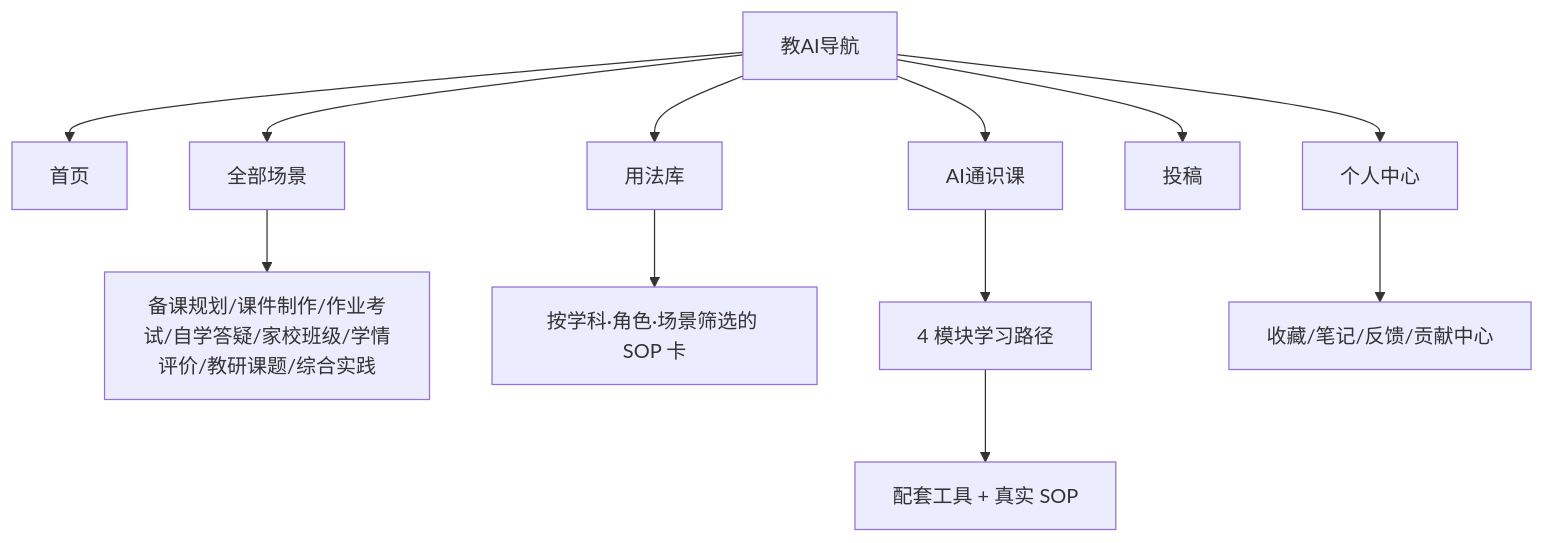
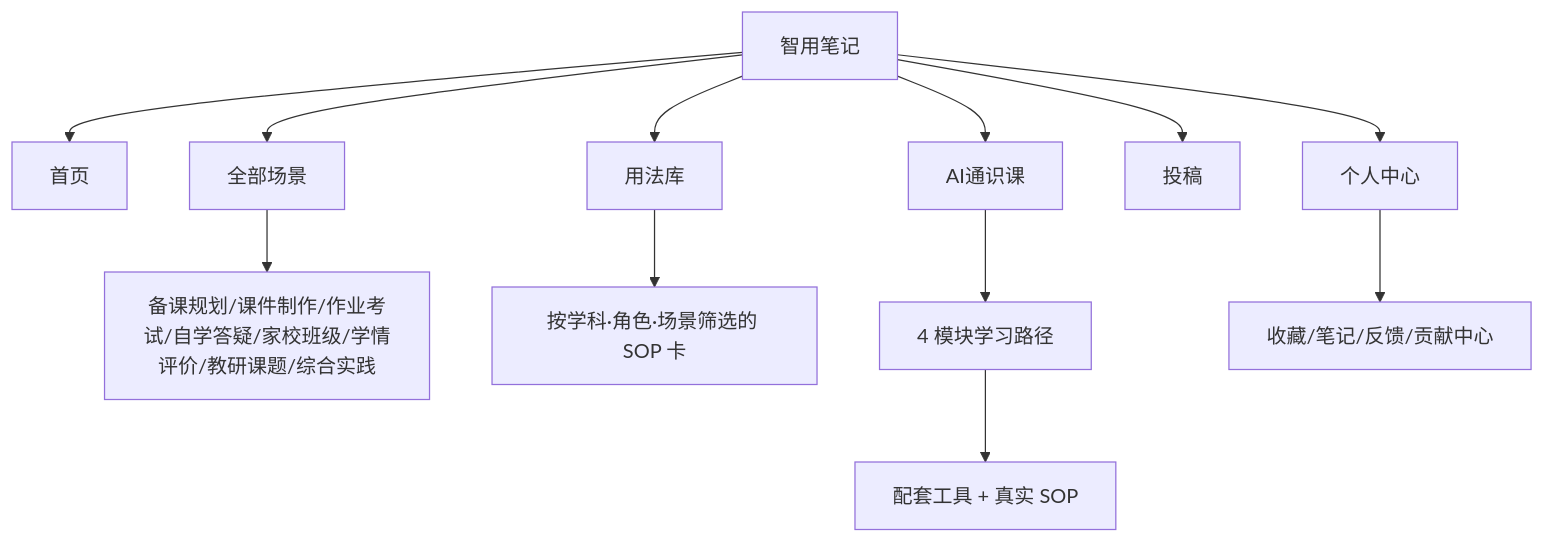
Before and after one commit to juventusyangfan/ai-navigation-pro: the diagram in design/设计需求文档.md, drawn with Mermaid. The commit also changed other lines of this file and 99 other files, not shown here.

````diff
--- a/design/设计需求文档.md
+++ b/design/设计需求文档.md
@@ -39,14 +39,14 @@
 ```mermaid
 graph TD
-  A[教AI导航] --> B[首页]
+  A[智用笔记] --> B[首页]
   A --> C[全部场景]
   A --> D[用法库]
   A --> E[AI通识课]
   A --> F[投稿]
   A --> G[个人中心]
   C --> C1[备课规划/课件制作/作业考试/自学答疑/家校班级/学情评价/教研课题/综合实践]
   D --> D1[按学科·角色·场景筛选的 SOP 卡]
   E --> E1[4 模块学习路径]
   E1 --> E2[配套工具 + 真实 SOP]
   G --> G1[收藏/笔记/反馈/贡献中心]
 ```
````
